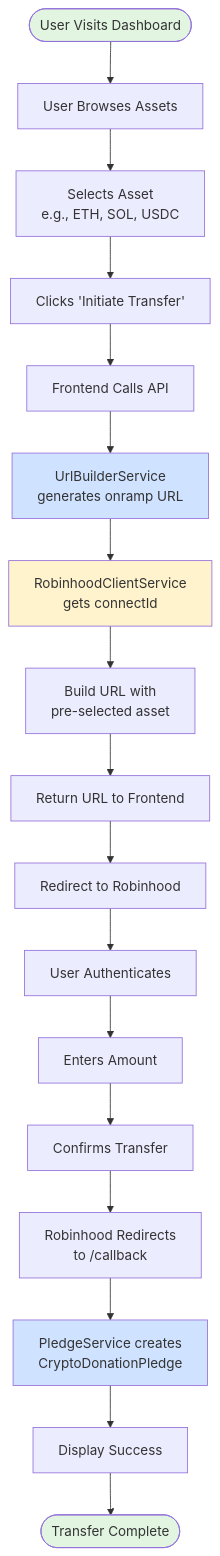
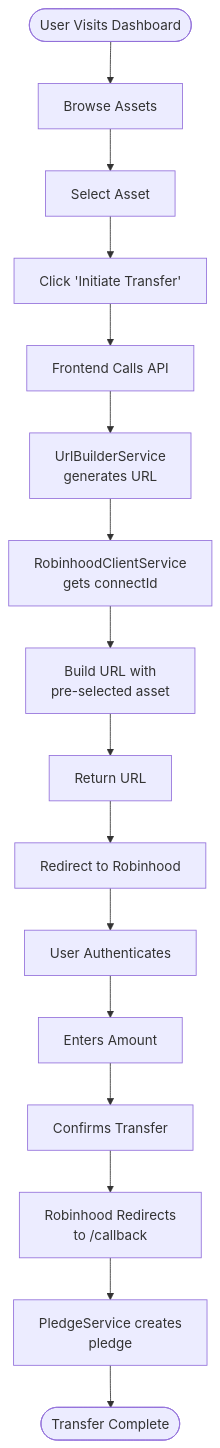
One commit to endaoment/robinhood-connect-poc changed the first of 5 diagrams in robinhood-onramp/docs/FLOW-DIAGRAMS.md. Above: the diagram before and after it, drawn with Mermaid. The commit also changed other lines of this file and 12 other files, not shown here.

````diff
--- a/robinhood-onramp/docs/FLOW-DIAGRAMS.md
+++ b/robinhood-onramp/docs/FLOW-DIAGRAMS.md
@@ -21,28 +7,21 @@
 ```mermaid
 flowchart TD
-    Start([User Visits Dashboard]) --> Browse[User Browses Assets]
-    Browse --> Select[Selects Asset<br/>e.g., ETH, SOL, USDC]
-    Select --> InitiateBtn[Clicks 'Initiate Transfer']
+    Start([User Visits Dashboard]) --> Browse[Browse Assets]
+    Browse --> Select[Select Asset]
+    Select --> InitiateBtn[Click 'Initiate Transfer']
 
     InitiateBtn --> Frontend[Frontend Calls API]
-    Frontend --> UrlBuilder[UrlBuilderService<br/>generates onramp URL]
+    Frontend --> UrlBuilder[UrlBuilderService<br/>generates URL]
     UrlBuilder --> RHClient[RobinhoodClientService<br/>gets connectId]
     RHClient --> BuildURL[Build URL with<br/>pre-selected asset]
-    BuildURL --> ReturnURL[Return URL to Frontend]
+    BuildURL --> ReturnURL[Return URL]
 
     ReturnURL --> Redirect[Redirect to Robinhood]
     Redirect --> RHAuth[User Authenticates]
     RHAuth --> RHAmount[Enters Amount]
     RHAmount --> RHConfirm[Confirms Transfer]
 
     RHConfirm --> Callback[Robinhood Redirects<br/>to /callback]
-    Callback --> PledgeService[PledgeService creates<br/>CryptoDonationPledge]
-    PledgeService --> ShowSuccess[Display Success]
-    ShowSuccess --> Complete([Transfer Complete])
-
-    style Start fill:#e1f5e1
-    style Complete fill:#e1f5e1
-    style UrlBuilder fill:#cfe2ff
-    style PledgeService fill:#cfe2ff
-    style RHClient fill:#fff3cd
+    Callback --> PledgeService[PledgeService creates<br/>pledge]
+    PledgeService --> Complete([Transfer Complete])
 ```
````
